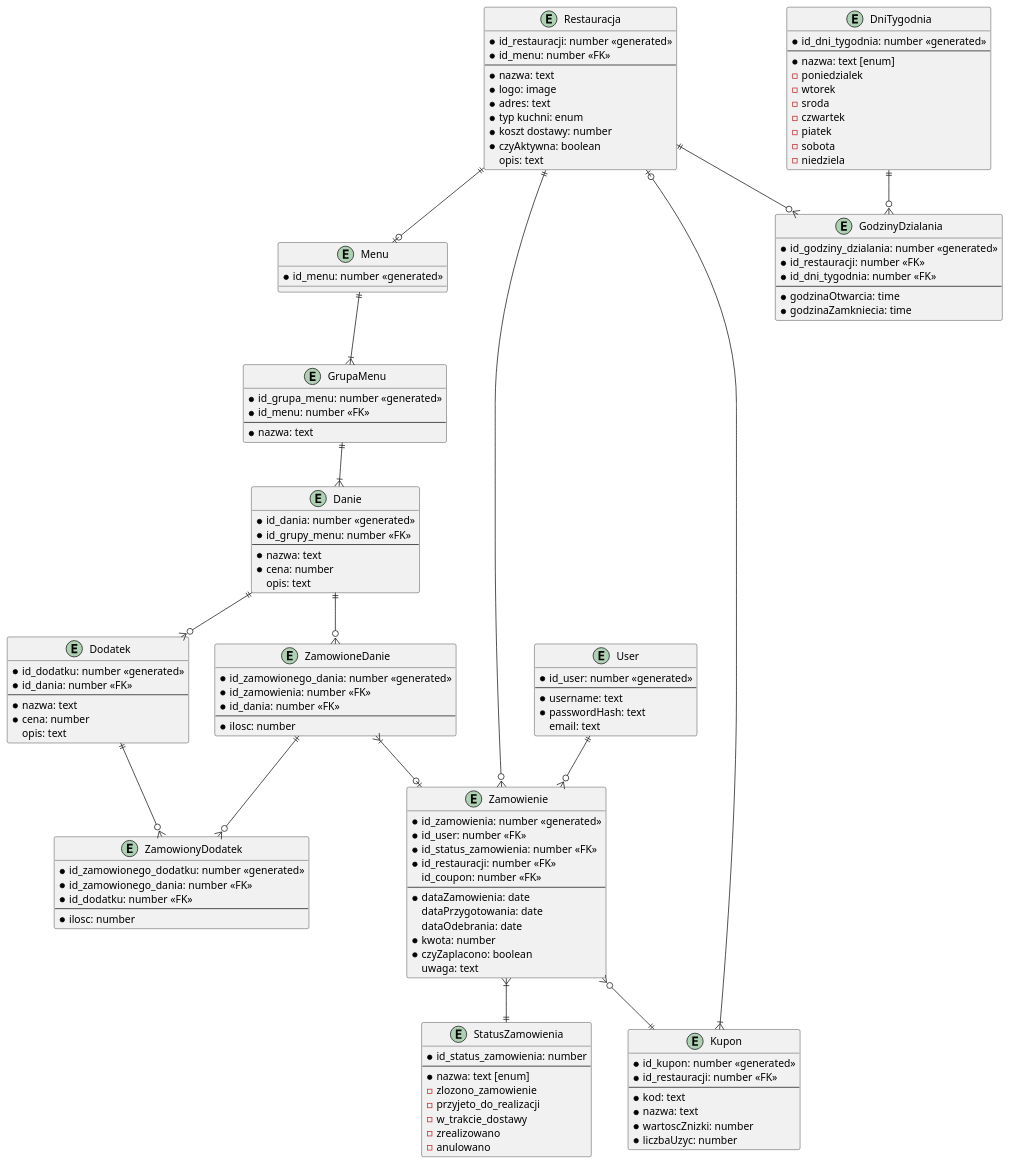
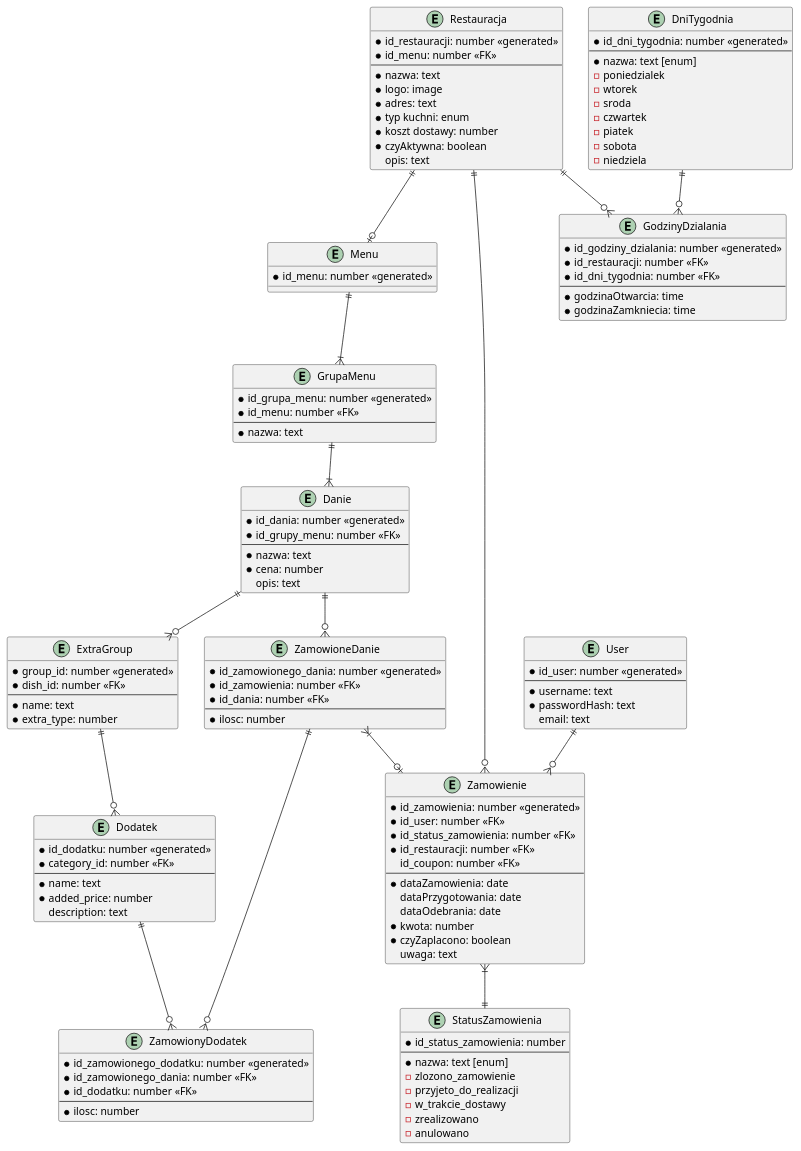
One commit to amelinium23/food-ordering-and-delivering-service changed the diagram in docs/schematbazki.md. Above: the diagram before and after it, drawn with PlantUML. The commit also changed 1 other file, not shown here.

Commit message:
Database changes

````diff
--- a/docs/schematbazki.md
+++ b/docs/schematbazki.md
@@ -38,13 +38,20 @@
    opis: text
    ' * możliweDodatki: json
 }
+entity ExtraGroup {
+   * group_id: number <<generated>>
+   * dish_id: number <<FK>>
+   --
+   * name: text
+   * extra_type: number
+}
 entity Dodatek {
    * id_dodatku: number <<generated>>
-   * id_dania: number <<FK>>
+   * category_id: number <<FK>>
    --
-   * nazwa: text
-   * cena: number
-   opis: text
+   * name: text
+   * added_price: number
+   description: text
 }
 
 entity Zamowienie {
@@ -112,17 +119,7 @@
       -sobota
       -niedziela
 }
-entity Kupon {
-   * id_kupon: number <<generated>>
-   * id_restauracji: number <<FK>>
-   --
-   * kod: text
-   * nazwa: text
-   * wartoscZnizki: number
-   * liczbaUzyc: number
-}
 
-Kupon }|--o| Restauracja
 Restauracja ||--o{ GodzinyDzialania
 DniTygodnia ||--o{ GodzinyDzialania
 
@@ -130,14 +127,14 @@
 Restauracja ||--o| Menu
 Menu ||--|{ GrupaMenu
 GrupaMenu ||--|{ Danie
-Danie ||--o{ Dodatek
+Danie ||--o{ ExtraGroup
+ExtraGroup ||--o{ Dodatek
 Danie ||--o{ ZamowioneDanie
 ZamowioneDanie ||--o{ ZamowionyDodatek
 Dodatek ||--o{ ZamowionyDodatek
 User ||--o{ Zamowienie
 ZamowioneDanie }|--o| Zamowienie
 Zamowienie }|--|| StatusZamowienia
-Zamowienie }o--|| Kupon
 
 @enduml
 ```
````
